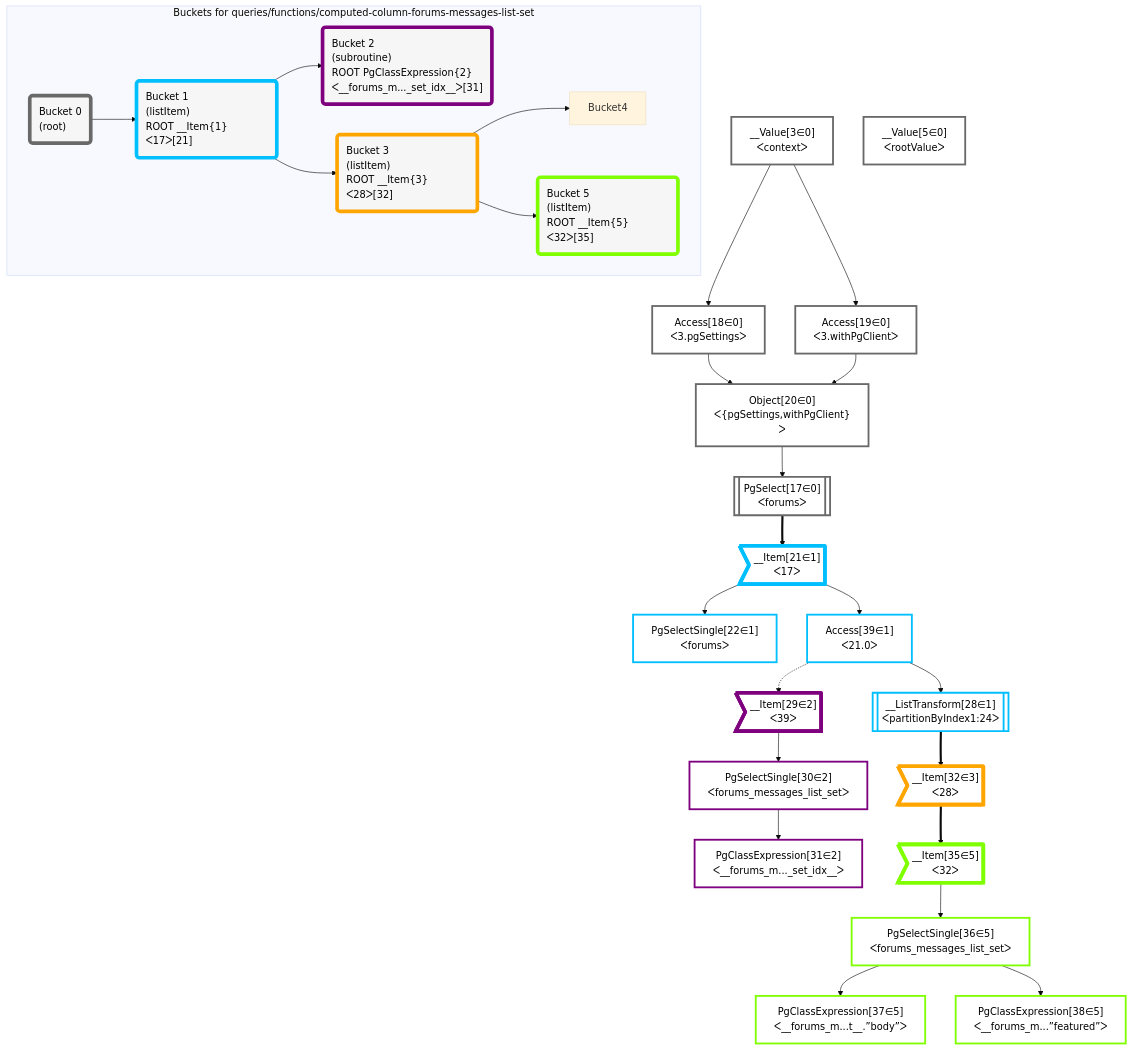
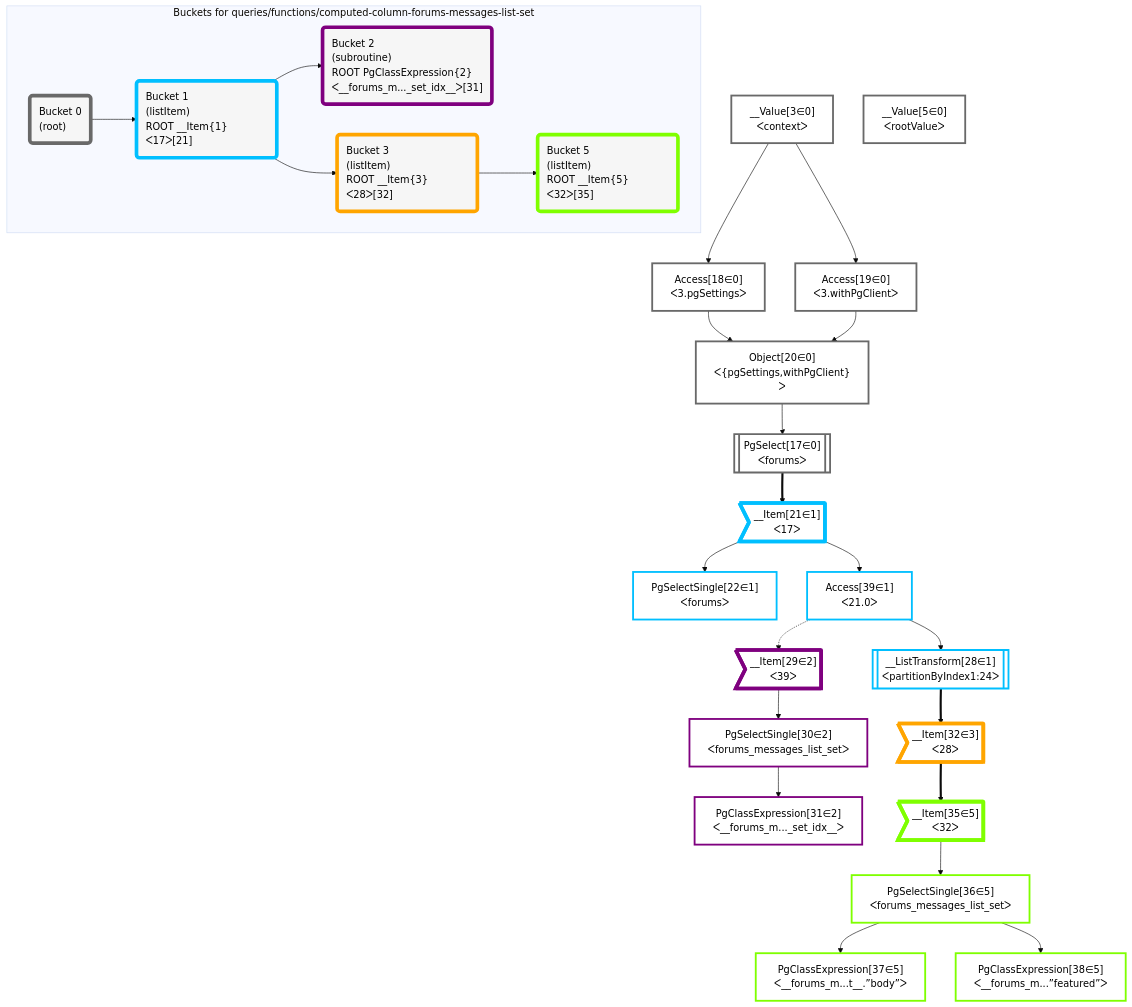
One commit to graphile/crystal changed the diagram in grafast/dataplan-pg/__tests__/queries/functions/computed-column-forums-messages-list-set.mermaid. Above: the diagram before and after it, drawn with Mermaid (base theme). The commit also changed 4 other files, not shown here.

```diff
--- a/grafast/dataplan-pg/__tests__/queries/functions/computed-column-forums-messages-list-set.mermaid
+++ b/grafast/dataplan-pg/__tests__/queries/functions/computed-column-forums-messages-list-set.mermaid
@@ -1,66 +1,66 @@
 graph TD
     classDef path fill:#eee,stroke:#000,color:#000
     classDef plan fill:#fff,stroke-width:3px,color:#000
     classDef itemplan fill:#fff,stroke-width:6px,color:#000
     classDef sideeffectplan fill:#f00,stroke-width:6px,color:#000
     classDef bucket fill:#f6f6f6,color:#000,stroke-width:6px,text-align:left
 
 
     %% define steps
     __Value3["__Value[3∈0]<br />ᐸcontextᐳ"]:::plan
     __Value5["__Value[5∈0]<br />ᐸrootValueᐳ"]:::plan
     Access18["Access[18∈0]<br />ᐸ3.pgSettingsᐳ"]:::plan
     Access19["Access[19∈0]<br />ᐸ3.withPgClientᐳ"]:::plan
     Object20["Object[20∈0]<br />ᐸ{pgSettings,withPgClient}ᐳ"]:::plan
     PgSelect17[["PgSelect[17∈0]<br />ᐸforumsᐳ"]]:::plan
     __Item21>"__Item[21∈1]<br />ᐸ17ᐳ"]:::itemplan
     PgSelectSingle22["PgSelectSingle[22∈1]<br />ᐸforumsᐳ"]:::plan
     Access39["Access[39∈1]<br />ᐸ21.0ᐳ"]:::plan
     __ListTransform28[["__ListTransform[28∈1]<br />ᐸpartitionByIndex1:24ᐳ"]]:::plan
     __Item29>"__Item[29∈2]<br />ᐸ39ᐳ"]:::itemplan
     PgSelectSingle30["PgSelectSingle[30∈2]<br />ᐸforums_messages_list_setᐳ"]:::plan
     PgClassExpression31["PgClassExpression[31∈2]<br />ᐸ__forums_m..._set_idx__ᐳ"]:::plan
     __Item32>"__Item[32∈3]<br />ᐸ28ᐳ"]:::itemplan
     __Item35>"__Item[35∈5]<br />ᐸ32ᐳ"]:::itemplan
     PgSelectSingle36["PgSelectSingle[36∈5]<br />ᐸforums_messages_list_setᐳ"]:::plan
     PgClassExpression37["PgClassExpression[37∈5]<br />ᐸ__forums_m...t__.”body”ᐳ"]:::plan
     PgClassExpression38["PgClassExpression[38∈5]<br />ᐸ__forums_m...”featured”ᐳ"]:::plan
 
     %% plan dependencies
     __Value3 --> Access18
     __Value3 --> Access19
     Access18 & Access19 --> Object20
     Object20 --> PgSelect17
     PgSelect17 ==> __Item21
     __Item21 --> PgSelectSingle22
     __Item21 --> Access39
     Access39 --> __ListTransform28
     Access39 -.-> __Item29
     __Item29 --> PgSelectSingle30
     PgSelectSingle30 --> PgClassExpression31
     __ListTransform28 ==> __Item32
     __Item32 ==> __Item35
     __Item35 --> PgSelectSingle36
     PgSelectSingle36 --> PgClassExpression37
     PgSelectSingle36 --> PgClassExpression38
 
     subgraph "Buckets for queries/functions/computed-column-forums-messages-list-set"
     Bucket0("Bucket 0<br />(root)"):::bucket
     classDef bucket0 stroke:#696969
     class Bucket0,__Value3,__Value5,PgSelect17,Access18,Access19,Object20 bucket0
     Bucket1("Bucket 1<br />(listItem)<br />ROOT __Item{1}ᐸ17ᐳ[21]"):::bucket
     classDef bucket1 stroke:#00bfff
     class Bucket1,__Item21,PgSelectSingle22,__ListTransform28,Access39 bucket1
     Bucket2("Bucket 2<br />(subroutine)<br />ROOT PgClassExpression{2}ᐸ__forums_m..._set_idx__ᐳ[31]"):::bucket
     classDef bucket2 stroke:#7f007f
     class Bucket2,__Item29,PgSelectSingle30,PgClassExpression31 bucket2
     Bucket3("Bucket 3<br />(listItem)<br />ROOT __Item{3}ᐸ28ᐳ[32]"):::bucket
     classDef bucket3 stroke:#ffa500
     class Bucket3,__Item32 bucket3
     Bucket5("Bucket 5<br />(listItem)<br />ROOT __Item{5}ᐸ32ᐳ[35]"):::bucket
     classDef bucket5 stroke:#7fff00
     class Bucket5,__Item35,PgSelectSingle36,PgClassExpression37,PgClassExpression38 bucket5
     Bucket0 --> Bucket1
     Bucket1 --> Bucket2 & Bucket3
-    Bucket3 --> Bucket4 & Bucket5
+    Bucket3 --> Bucket5
     end
```
